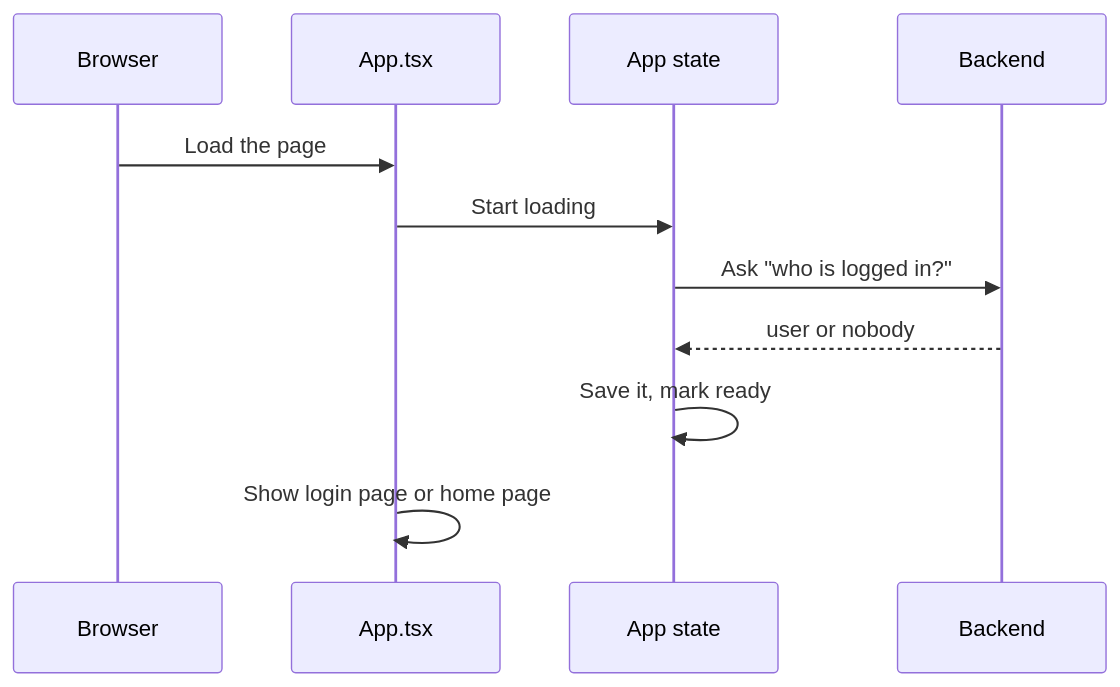
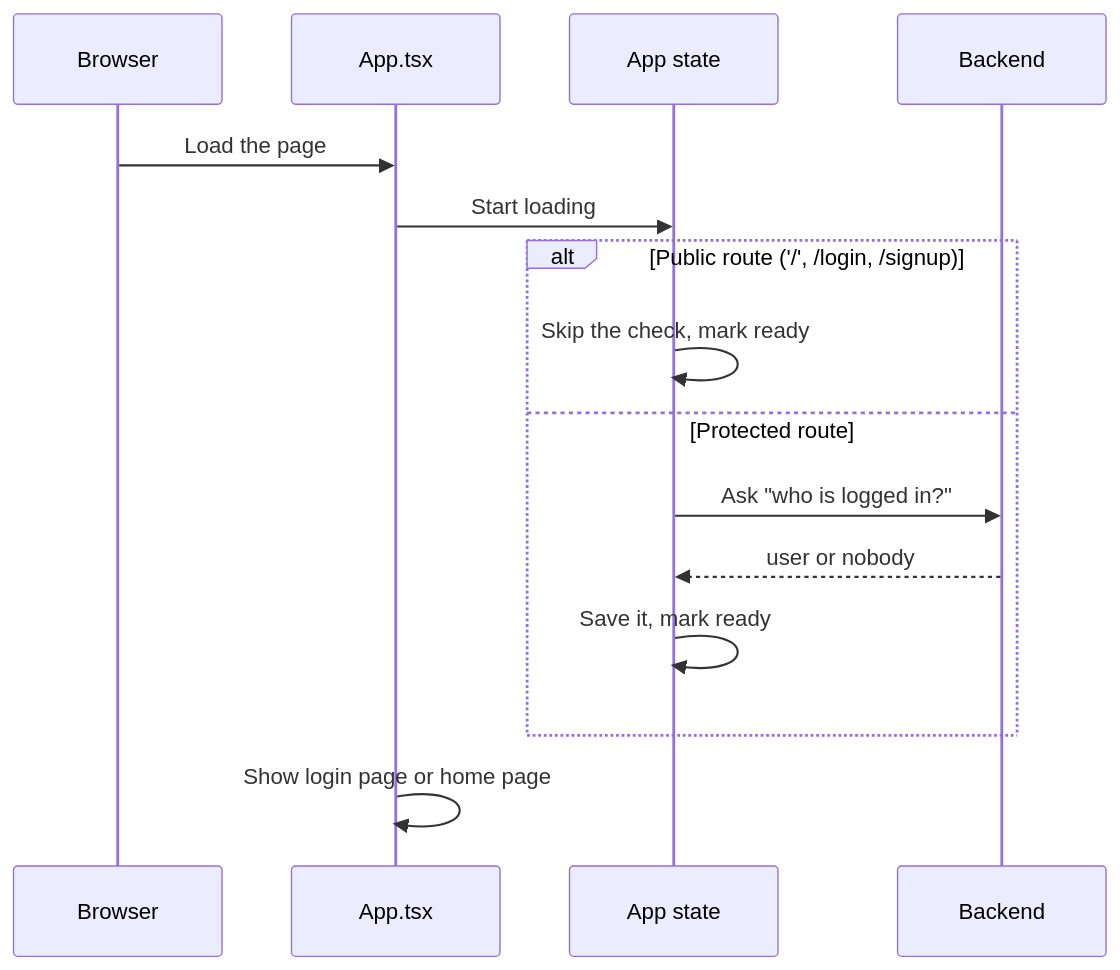
One commit to JaxzTan/ft_transcendence changed the diagram in docs/frontend/frontend-app-bootstrap-system.md. Above: the diagram before and after it, drawn with Mermaid. The commit also changed other lines of this file and 30 other files, not shown here.

````diff
--- a/docs/frontend/frontend-app-bootstrap-system.md
+++ b/docs/frontend/frontend-app-bootstrap-system.md
@@ -119,14 +128,18 @@
 ```mermaid
 sequenceDiagram
     participant Browser
     participant App as App.tsx
     participant Store as App state
     participant API as Backend
 
     Browser->>App: Load the page
     App->>Store: Start loading
-    Store->>API: Ask "who is logged in?"
-    API-->>Store: user or nobody
-    Store->>Store: Save it, mark ready
+    alt Public route ('/', /login, /signup)
+        Store->>Store: Skip the check, mark ready
+    else Protected route
+        Store->>API: Ask "who is logged in?"
+        API-->>Store: user or nobody
+        Store->>Store: Save it, mark ready
+    end
     App->>App: Show login page or home page
 ```
````
